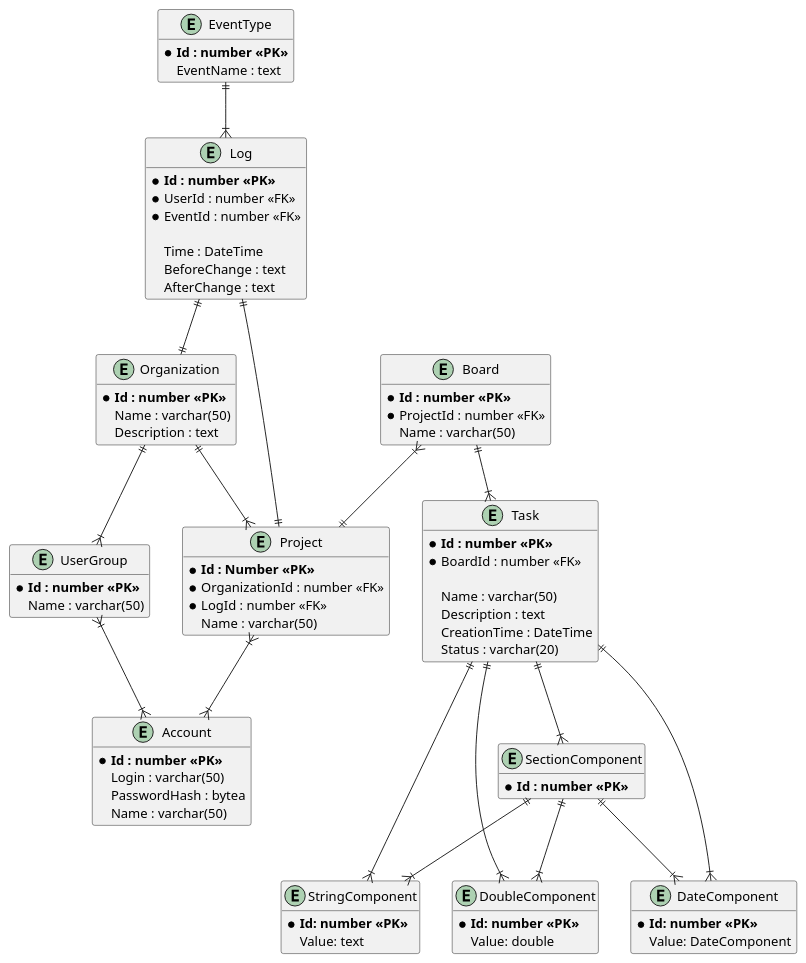
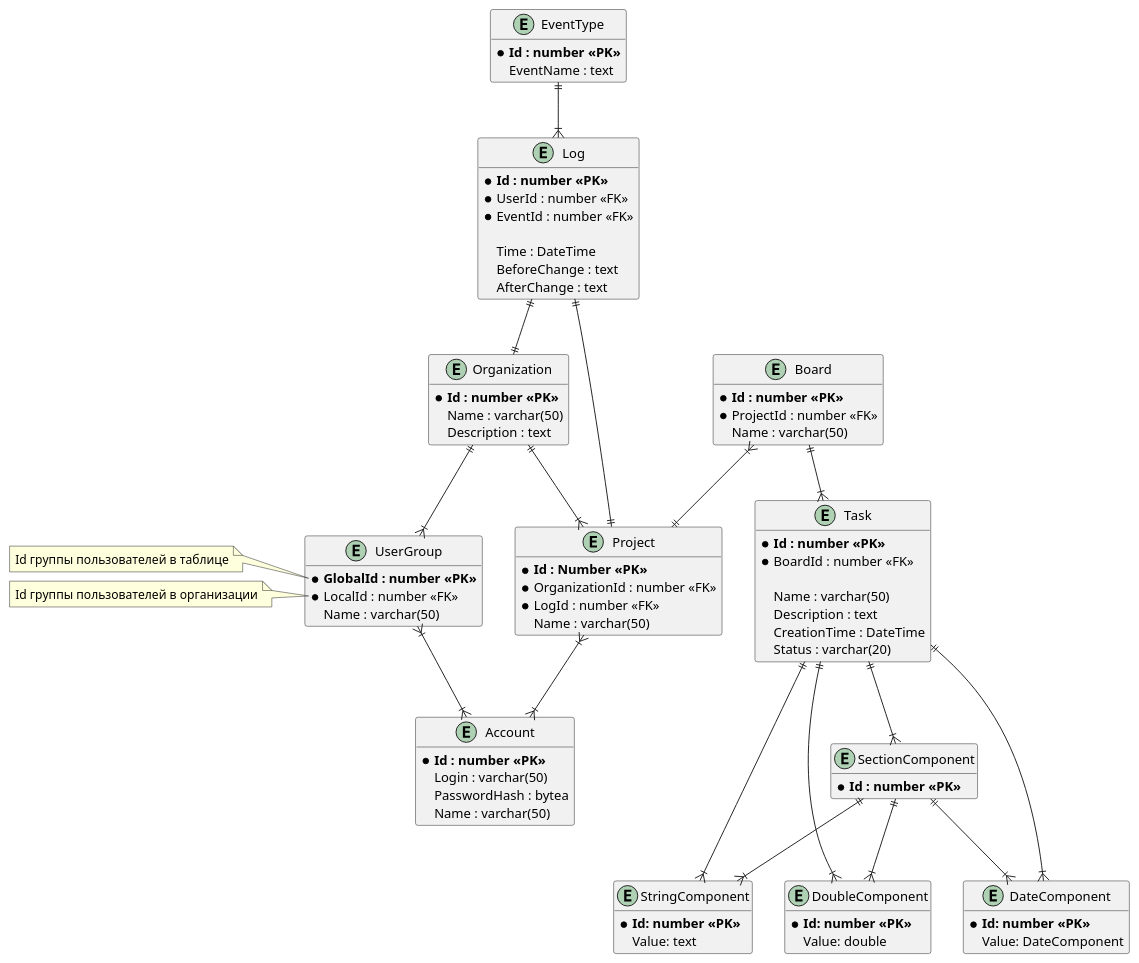
The diagram in doc/diagrams/database er.puml (HandsAndKeyboards/TFlic), drawn with PlantUML before and after one commit. The commit also changed 1 other file, not shown here.

Commit message:
теперь группа пользователей содержит глобальный и локальный id

```diff
--- a/doc/diagrams/database er.puml
+++ b/doc/diagrams/database er.puml
@@ -1,114 +1,121 @@
 @startuml "Диаграмма сущностей TFlick"
 'https://plantuml.com/class-diagram
 
 hide methods
 
 ''''''''''''''''DEFAULT''''''''''''
 
 entity Account {
     * **Id : number <<PK>>**
     {field} Login : varchar(50)
     {field} PasswordHash : bytea
     {field} Name : varchar(50)
 }   
 
 entity UserGroup {
-    * **Id : number <<PK>>**
+    * **GlobalId : number <<PK>>**
+    * LocalId : number <<FK>>
     {field} Name : varchar(50)
 }
 UserGroup }|--|{ Account
+note left of UserGroup::GlobalId
+    Id группы пользователей в таблице
+end note 
+note left of UserGroup::LocalId
+    Id группы пользователей в организации
+end note 
 
 entity Organization {
     * **Id : number <<PK>>**
     {field} Name : varchar(50)
     {field} Description : text
 }
 Organization ||--|{ UserGroup
 
 entity Project {
     * **Id : Number <<PK>>**
     * OrganizationId : number <<FK>>
     * LogId : number <<FK>>
     {field} Name : varchar(50)
 }
 Organization ||--|{ Project
 Project }|--|{ Account
 
 entity Board {
     * **Id : number <<PK>>**
     * ProjectId : number <<FK>>
     {field} Name : varchar(50)
 } 
 
 Board }|--|| Project
 
 entity Task {
     * **Id : number <<PK>>**
     * BoardId : number <<FK>>
 
     {field} Name : varchar(50)
     Description : text
     CreationTime : DateTime
     {field} Status : varchar(20)
 }
 Board ||--|{ Task
 
 ''''''''''''''''COMPONENTS''''''''''''
 
 entity SectionComponent
 {
     * **Id : number <<PK>>**
 
 }
 Task||--|{ SectionComponent
 
 
 entity StringComponent
 {
     * **Id: number <<PK>>**
     Value: text
 }
 Task ||--|{ StringComponent
 SectionComponent ||--|{ StringComponent
 
 entity DoubleComponent
 {
     * **Id: number <<PK>>**
     Value: double
 }
 Task ||--|{ DoubleComponent 
 SectionComponent ||--|{ DoubleComponent
 
 
 entity DateComponent
 {
     * **Id: number <<PK>>**
     Value: DateComponent
 }
 
 Task ||--|{ DateComponent
 SectionComponent ||--|{ DateComponent
 
 
 ''''''''''''''''LOGGING'''''''''''''
 
 entity Log {
     * **Id : number <<PK>>**
     * UserId : number <<FK>>
     * EventId : number <<FK>>
 
     Time : DateTime 
     BeforeChange : text
     AfterChange : text
 }
 
 entity EventType {
     * **Id : number <<PK>>**
     EventName : text
 }
 
 EventType ||--|{ Log
 Log ||--|| Organization
 Log ||--|| Project
 
 @enduml
```
